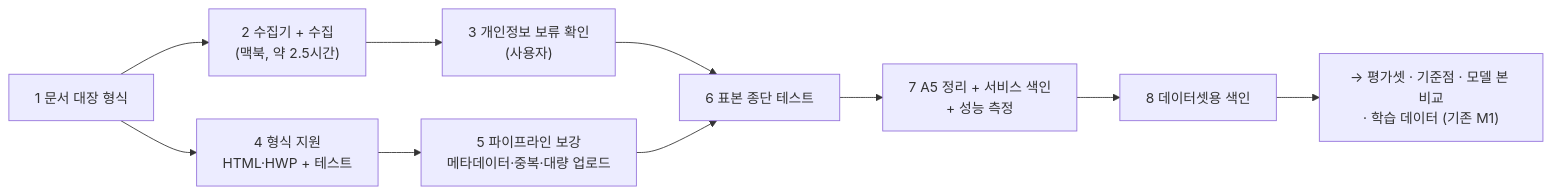
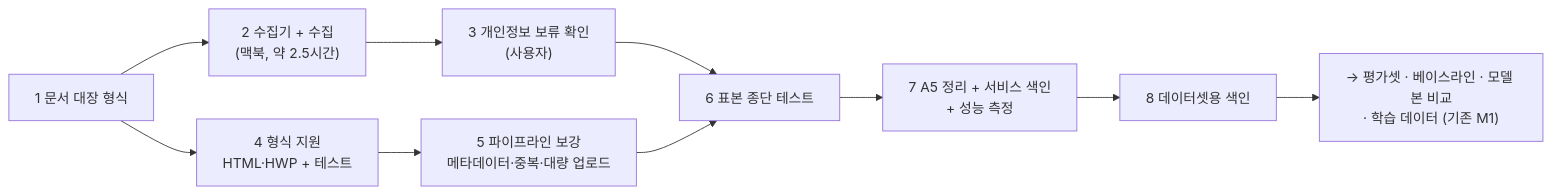
The second of 2 diagrams in docs/rag/research/수집-색인-파이프라인-점검-20261001.md (QyongGin/DocuMind), drawn with Mermaid before and after one commit. The commit also changed other lines of this file and 30 other files, not shown here.

````diff
--- a/docs/rag/research/수집-색인-파이프라인-점검-20261001.md
+++ b/docs/rag/research/수집-색인-파이프라인-점검-20261001.md
@@ -90,12 +90,12 @@
 ```mermaid
 flowchart LR
     S1["1 문서 대장 형식"] --> S2["2 수집기 + 수집<br/>(맥북, 약 2.5시간)"]
     S2 --> S3["3 개인정보 보류 확인<br/>(사용자)"]
     S1 --> S4["4 형식 지원<br/>HTML·HWP + 테스트"]
     S4 --> S5["5 파이프라인 보강<br/>메타데이터·중복·대량 업로드"]
     S3 --> S6["6 표본 종단 테스트"]
     S5 --> S6
     S6 --> S7["7 A5 정리 + 서비스 색인<br/>+ 성능 측정"]
     S7 --> S8["8 데이터셋용 색인"]
-    S8 --> N["→ 평가셋 · 기준점 · 모델 본 비교<br/>· 학습 데이터 (기존 M1)"]
+    S8 --> N["→ 평가셋 · 베이스라인 · 모델 본 비교<br/>· 학습 데이터 (기존 M1)"]
 ```
````
